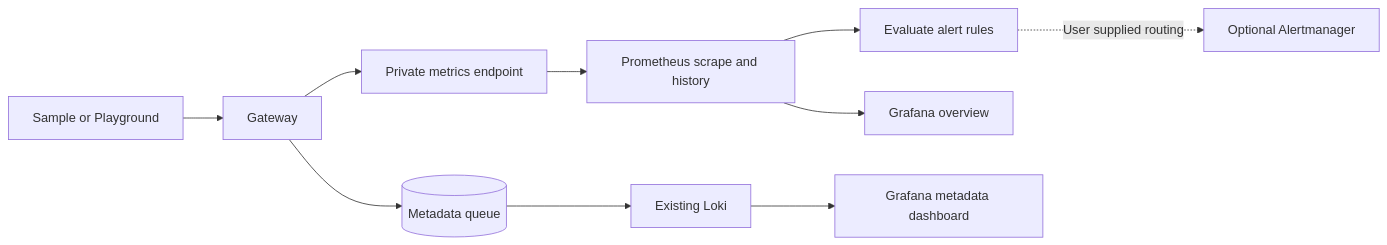
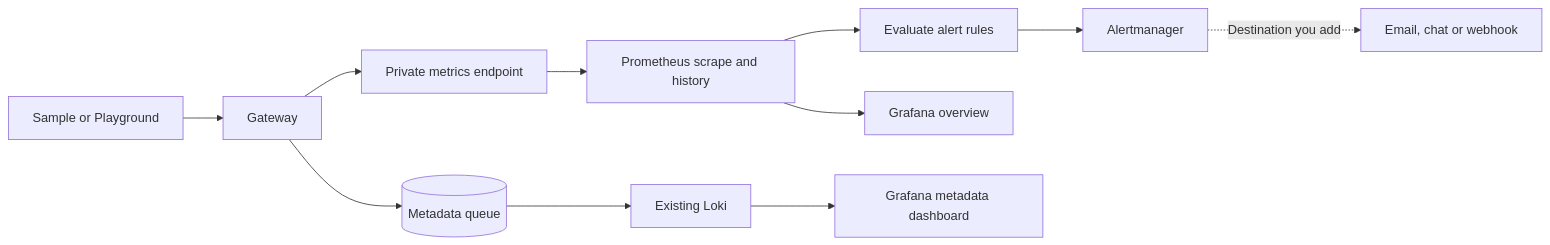
The diagram in docs/runbooks/grafana-monitoring.md (m87techlabs/m87-ai-gateway), drawn with Mermaid before and after one commit. The commit also changed other lines of this file and 20 other files, not shown here.

````diff
--- a/docs/runbooks/grafana-monitoring.md
+++ b/docs/runbooks/grafana-monitoring.md
@@ -14,12 +14,13 @@
 ```mermaid
 flowchart LR
     Sample[Sample or Playground] --> Gateway[Gateway]
     Gateway --> Metrics[Private metrics endpoint]
     Metrics --> Prometheus[Prometheus scrape and history]
     Prometheus --> Rules[Evaluate alert rules]
-    Rules -. User supplied routing .-> Alertmanager[Optional Alertmanager]
+    Rules --> Alertmanager[Alertmanager]
+    Alertmanager -. Destination you add .-> Notify[Email, chat or webhook]
     Prometheus --> Overview[Grafana overview]
     Gateway --> Outbox[(Metadata queue)]
     Outbox --> Loki[Existing Loki]
     Loki --> Logs[Grafana metadata dashboard]
 ```
````
